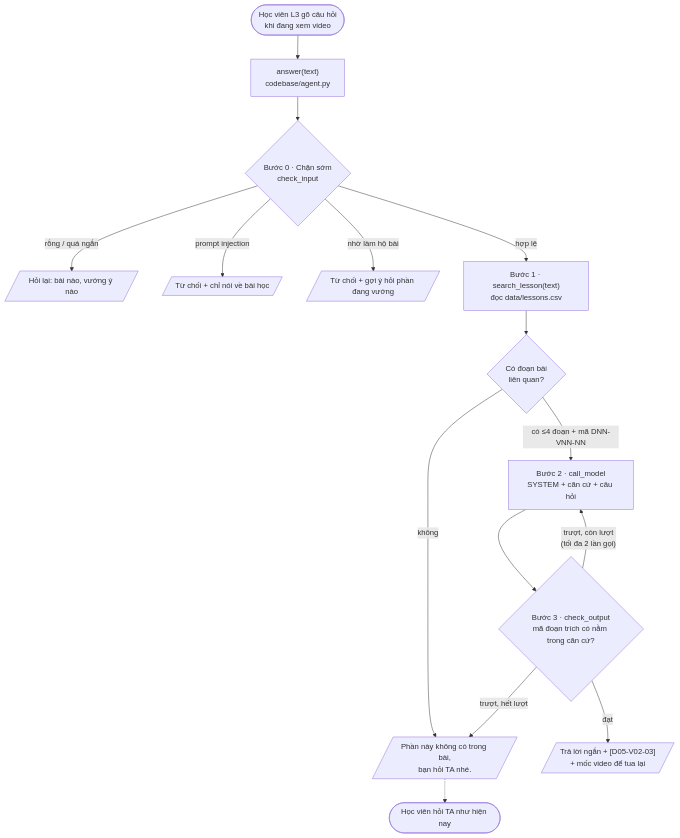
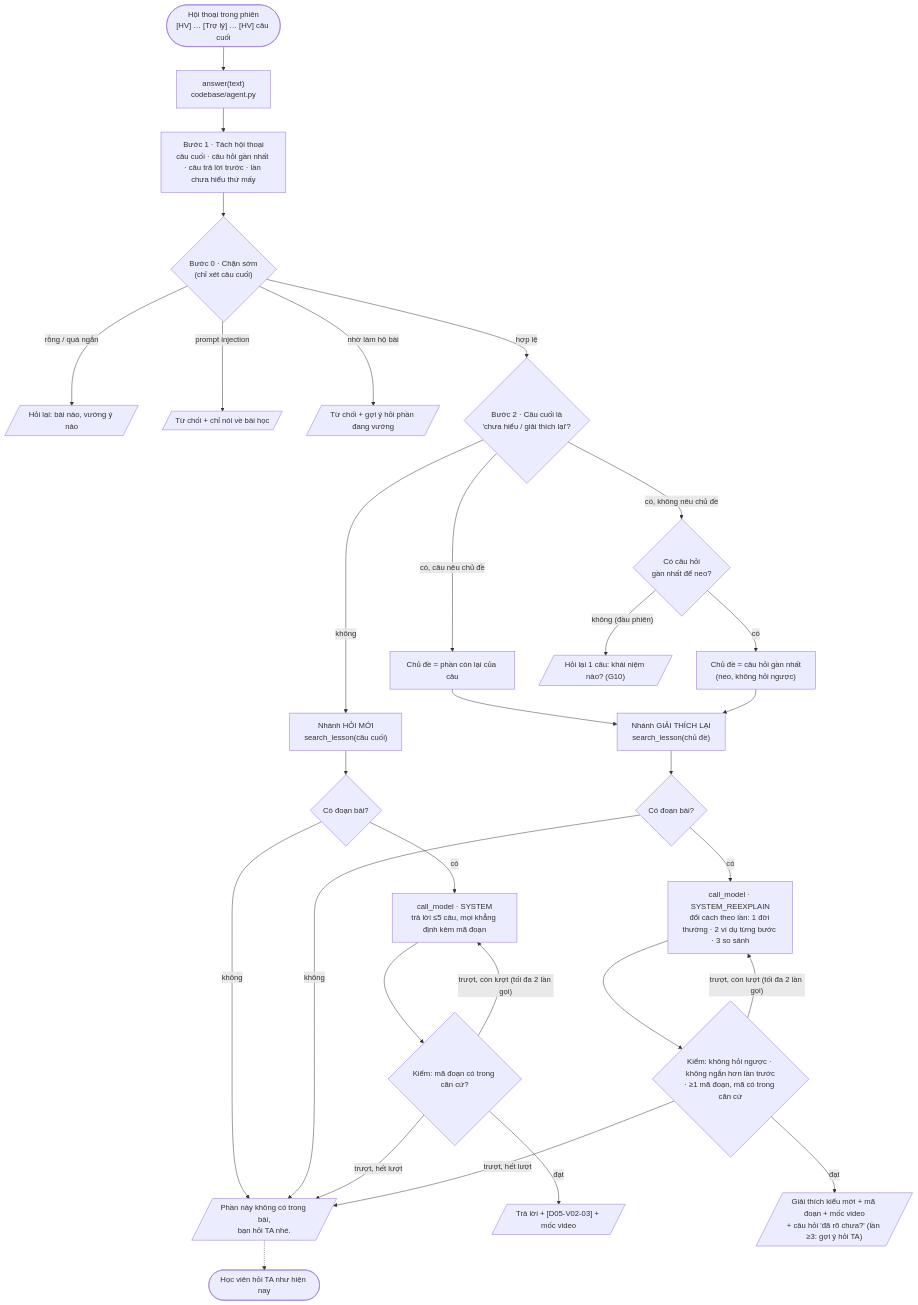
One commit to duongthuyen/K5-Day15-L3B-419 changed the diagram in spec.md. Above: the diagram before and after it, drawn with Mermaid. The commit also changed other lines of this file and 3 other files, not shown here.

Commit message:
agent: nhánh giải thích lại khi học viên chưa hiểu (neo câu hỏi gần nhất, đổi cách giảng), app ghép lịch sử phiên, spec §4 theo lát cắt mới

````diff
--- a/spec.md
+++ b/spec.md
@@ -54,17 +55,32 @@
 ```mermaid
 flowchart TD
-    U(["Học viên L3 gõ câu hỏi<br/>khi đang xem video"]) --> A["answer(text)<br/>codebase/agent.py"]
-    A --> P{"Bước 0 · Chặn sớm<br/>check_input"}
+    U(["Hội thoại trong phiên<br/>[HV] … [Trợ lý] … [HV] câu cuối"]) --> A["answer(text)<br/>codebase/agent.py"]
+    A --> D["Bước 1 · Tách hội thoại<br/>câu cuối · câu hỏi gần nhất · câu trả lời trước · lần chưa hiểu thứ mấy"]
+    D --> P{"Bước 0 · Chặn sớm<br/>(chỉ xét câu cuối)"}
     P -- "rỗng / quá ngắn" --> R0[/"Hỏi lại: bài nào, vướng ý nào"/]
     P -- "prompt injection" --> R1[/"Từ chối + chỉ nói về bài học"/]
     P -- "nhờ làm hộ bài" --> R2[/"Từ chối + gợi ý hỏi phần đang vướng"/]
-    P -- "hợp lệ" --> S["Bước 1 · search_lesson(text)<br/>đọc data/lessons.csv"]
-    S --> C{"Có đoạn bài<br/>liên quan?"}
-    C -- "không" --> NF[/"Phần này không có trong bài,<br/>bạn hỏi TA nhé."/]
-    C -- "có ≤4 đoạn + mã DNN-VNN-NN" --> M["Bước 2 · call_model<br/>SYSTEM + căn cứ + câu hỏi"]
-    M --> K{"Bước 3 · check_output<br/>mã đoạn trích có nằm trong căn cứ?"}
-    K -- "đạt" --> OK[/"Trả lời ngắn + [D05-V02-03]<br/>+ mốc video để tua lại"/]
-    K -- "trượt, còn lượt<br/>(tối đa 2 lần gọi)" --> M
-    K -- "trượt, hết lượt" --> NF
+    P -- "hợp lệ" --> B{"Bước 2 · Câu cuối là<br/>'chưa hiểu / giải thích lại'?"}
+    B -- "không" --> S1["Nhánh HỎI MỚI<br/>search_lesson(câu cuối)"]
+    B -- "có, câu nêu chủ đề" --> T["Chủ đề = phần còn lại của câu"]
+    B -- "có, không nêu chủ đề" --> H{"Có câu hỏi<br/>gần nhất để neo?"}
+    H -- "có" --> T2["Chủ đề = câu hỏi gần nhất<br/>(neo, không hỏi ngược)"]
+    H -- "không (đầu phiên)" --> R3[/"Hỏi lại 1 câu: khái niệm nào? (G10)"/]
+    T --> S2["Nhánh GIẢI THÍCH LẠI<br/>search_lesson(chủ đề)"]
+    T2 --> S2
+    S1 --> C1{"Có đoạn bài?"}
+    S2 --> C2{"Có đoạn bài?"}
+    C1 -- "không" --> NF[/"Phần này không có trong bài,<br/>bạn hỏi TA nhé."/]
+    C2 -- "không" --> NF
+    C1 -- "có" --> M1["call_model · SYSTEM<br/>trả lời ≤5 câu, mọi khẳng định kèm mã đoạn"]
+    C2 -- "có" --> M2["call_model · SYSTEM_REEXPLAIN<br/>đổi cách theo lần: 1 đời thường · 2 ví dụ từng bước · 3 so sánh"]
+    M1 --> K1{"Kiểm: mã đoạn có trong căn cứ?"}
+    M2 --> K2{"Kiểm: không hỏi ngược · không ngắn hơn lần trước<br/>· ≥1 mã đoạn, mã có trong căn cứ"}
+    K1 -- "đạt" --> OK1[/"Trả lời + [D05-V02-03] + mốc video"/]
+    K2 -- "đạt" --> OK2[/"Giải thích kiểu mới + mã đoạn + mốc video<br/>+ câu hỏi 'đã rõ chưa?' (lần ≥3: gợi ý hỏi TA)"/]
+    K1 -- "trượt, còn lượt (tối đa 2 lần gọi)" --> M1
+    K2 -- "trượt, còn lượt (tối đa 2 lần gọi)" --> M2
+    K1 -- "trượt, hết lượt" --> NF
+    K2 -- "trượt, hết lượt" --> NF
     NF -.-> TA([Học viên hỏi TA như hiện nay])
 ```
````
